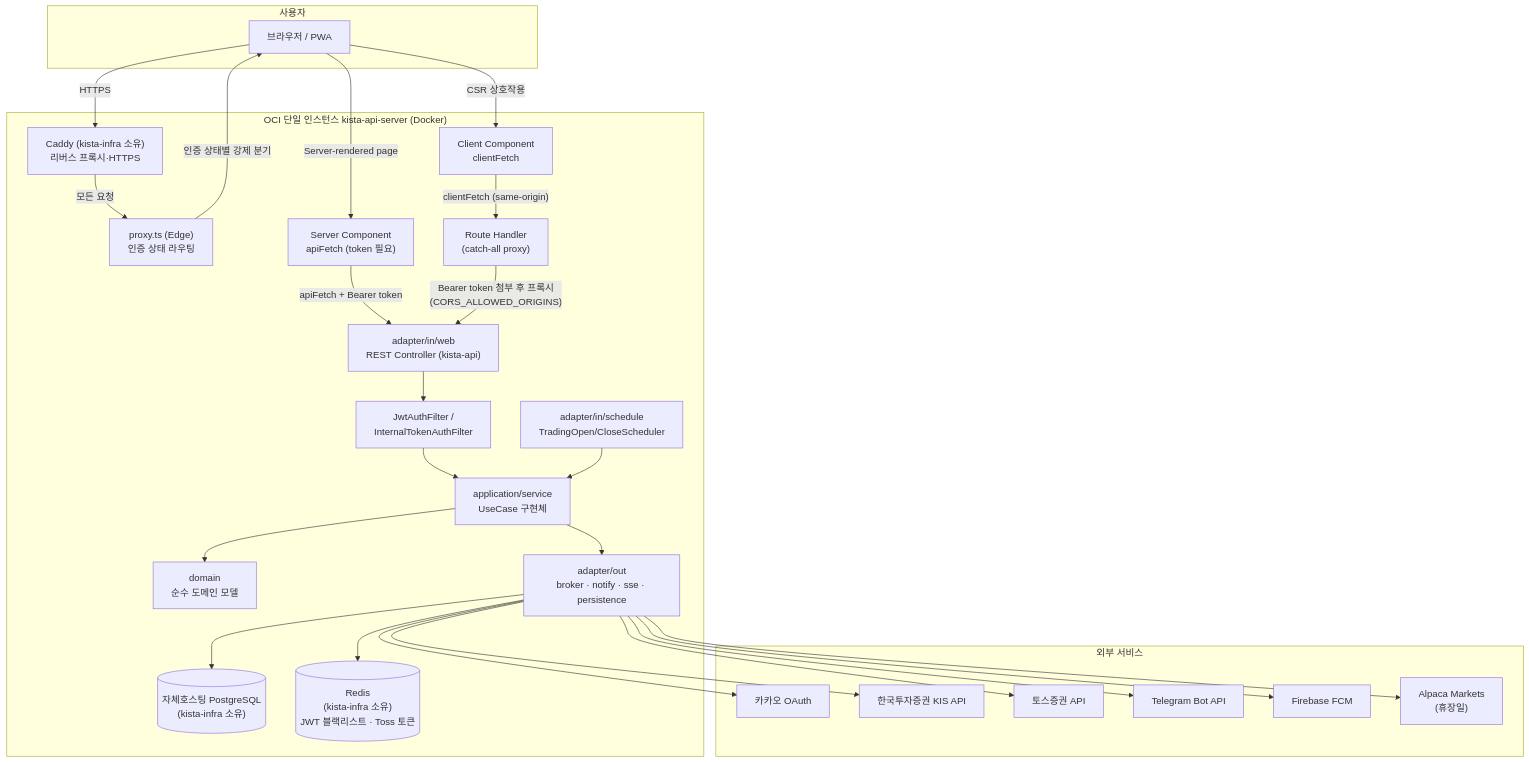
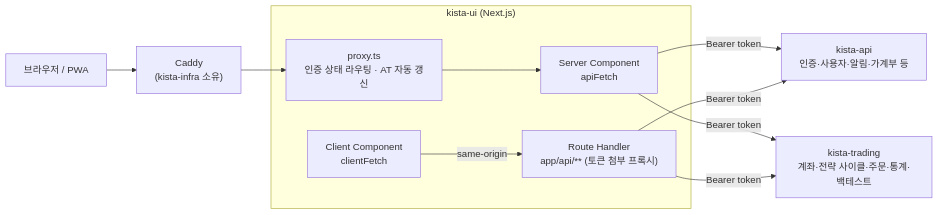
Before and after one commit to narafu/kista-ui: the first of 3 diagrams in README.md, drawn with Mermaid. The commit also changed other lines of this file, not shown here.

````diff
--- a/README.md
+++ b/README.md
@@ -19,54 +35,21 @@
 ```mermaid
-graph TB
-    subgraph Client["사용자"]
-        Browser["브라우저 / PWA"]
+graph LR
+    Browser["브라우저 / PWA"]
+    Caddy["Caddy<br/>(kista-infra 소유)"]
+
+    subgraph UI["kista-ui (Next.js)"]
+        Proxy["proxy.ts<br/>인증 상태 라우팅 · AT 자동 갱신"]
+        RSC["Server Component<br/>apiFetch"]
+        RH["Route Handler<br/>app/api/** (토큰 첨부 프록시)"]
+        CC["Client Component<br/>clientFetch"]
     end
 
-    subgraph Instance["OCI 단일 인스턴스 kista-api-server (Docker)"]
-        Caddy["Caddy (kista-infra 소유)<br/>리버스 프록시·HTTPS"]
-        Proxy["proxy.ts (Edge)<br/>인증 상태 라우팅"]
-        RSC["Server Component<br/>apiFetch (token 필요)"]
-        RouteHandler["Route Handler<br/>(catch-all proxy)"]
-        ClientComp["Client Component<br/>clientFetch"]
-        Web["adapter/in/web<br/>REST Controller (kista-api)"]
-        Security["JwtAuthFilter /<br/>InternalTokenAuthFilter"]
-        App["application/service<br/>UseCase 구현체"]
-        Domain["domain<br/>순수 도메인 모델"]
-        AdapterOut["adapter/out<br/>broker · notify · sse · persistence"]
-        Scheduler["adapter/in/schedule<br/>TradingOpen/CloseScheduler"]
-        PG[("자체호스팅 PostgreSQL<br/>(kista-infra 소유)")]
-        Redis[("Redis<br/>(kista-infra 소유)<br/>JWT 블랙리스트 · Toss 토큰")]
-    end
+    API["kista-api<br/>인증·사용자·알림·가계부 등"]
+    Trading["kista-trading<br/>계좌·전략 사이클·주문·통계·백테스트"]
 
-    subgraph External["외부 서비스"]
-        Kakao["카카오 OAuth"]
-        KIS["한국투자증권 KIS API"]
-        Toss["토스증권 API"]
-        Telegram["Telegram Bot API"]
-        FCM["Firebase FCM"]
-        Alpaca["Alpaca Markets<br/>(휴장일)"]
-    end
-
-    Browser -->|"HTTPS"| Caddy
-    Caddy -->|"모든 요청"| Proxy
-    Proxy -->|"인증 상태별 강제 분기"| Browser
-    Browser -->|"Server-rendered page"| RSC
-    Browser -->|"CSR 상호작용"| ClientComp
-
-    RSC -->|"apiFetch + Bearer token"| Web
-    ClientComp -->|"clientFetch (same-origin)"| RouteHandler
-    RouteHandler -->|"Bearer token 첨부 후 프록시<br/>(CORS_ALLOWED_ORIGINS)"| Web
-
-    Web --> Security --> App --> Domain
-    App --> AdapterOut
-    Scheduler --> App
-
-    AdapterOut --> PG
-    AdapterOut --> Redis
-    AdapterOut --> Kakao
-    AdapterOut --> KIS
-    AdapterOut --> Toss
-    AdapterOut --> Telegram
-    AdapterOut --> FCM
-    AdapterOut --> Alpaca
+    Browser --> Caddy --> Proxy
+    Proxy --> RSC
+    CC -->|"same-origin"| RH
+    RSC -->|"Bearer token"| API & Trading
+    RH -->|"Bearer token"| API & Trading
 ```
````
